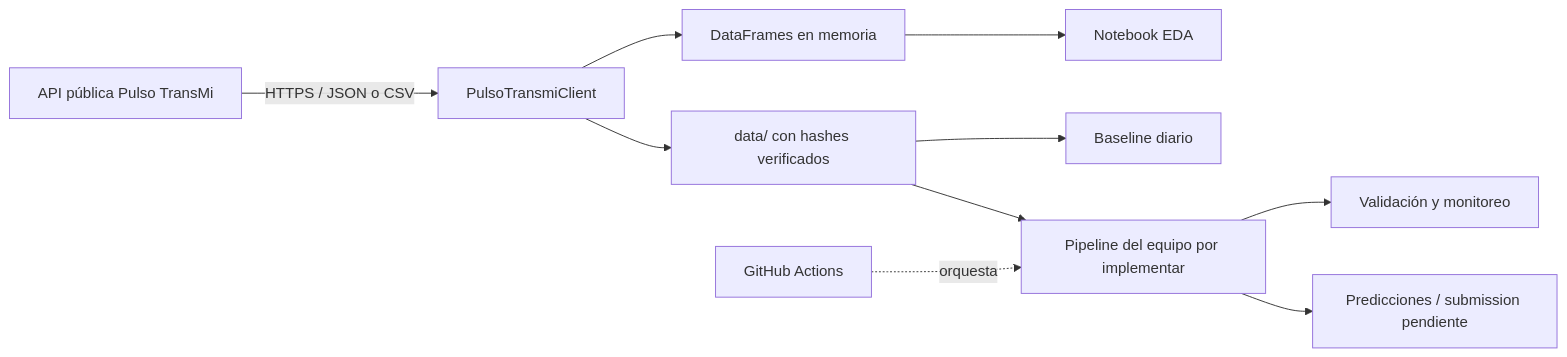
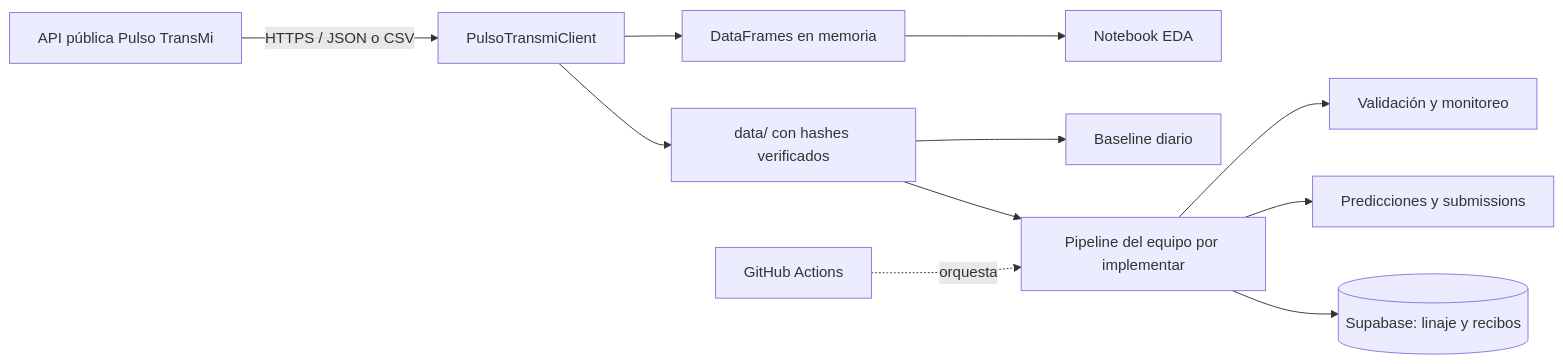
The diagram in docs/documentacion-tecnica.md (lunalugoeuc-a11y/pulso-transmi-sdk), drawn with Mermaid before and after one commit. The commit also changed other lines of this file and 5 other files, not shown here.

Commit message:
feat: version competition operations schema

````diff
--- a/docs/documentacion-tecnica.md
+++ b/docs/documentacion-tecnica.md
@@ -64,12 +69,13 @@
 ```mermaid
 flowchart LR
     API[API pública Pulso TransMi] -->|HTTPS / JSON o CSV| SDK[PulsoTransmiClient]
     SDK --> MEM[DataFrames en memoria]
     SDK --> DATA[data/ con hashes verificados]
     MEM --> EDA[Notebook EDA]
     DATA --> BASE[Baseline diario]
     DATA --> FUTURO[Pipeline del equipo por implementar]
     FUTURO --> TESTS[Validación y monitoreo]
-    FUTURO --> SUB[Predicciones / submission pendiente]
+    FUTURO --> SUB[Predicciones y submissions]
+    FUTURO --> DB[(Supabase: linaje y recibos)]
     GHA[GitHub Actions] -.orquesta.-> FUTURO
 ```
````
